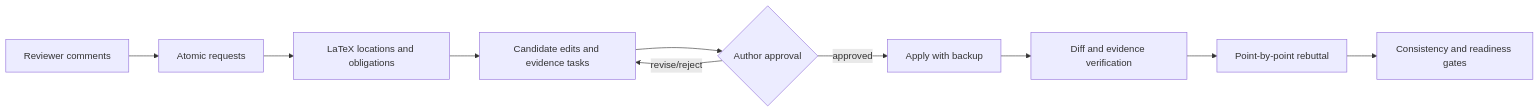
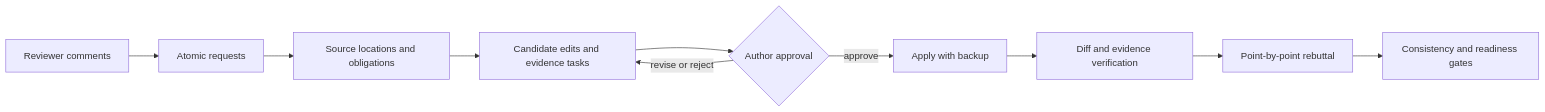
Before and after one commit to chenyongssss/revagent: the diagram in README.md, drawn with Mermaid. The commit also changed other lines of this file and 1 other file, not shown here.

````diff
--- a/README.md
+++ b/README.md
@@ -39,12 +45,12 @@
 ```mermaid
 flowchart LR
     A[Reviewer comments] --> B[Atomic requests]
-    B --> C[LaTeX locations and obligations]
+    B --> C[Source locations and obligations]
     C --> D[Candidate edits and evidence tasks]
     D --> E{Author approval}
-    E -->|approved| F[Apply with backup]
-    E -->|revise/reject| D
+    E -->|revise or reject| D
+    E -->|approve| F[Apply with backup]
     F --> G[Diff and evidence verification]
     G --> H[Point-by-point rebuttal]
     H --> I[Consistency and readiness gates]
 ```
````
